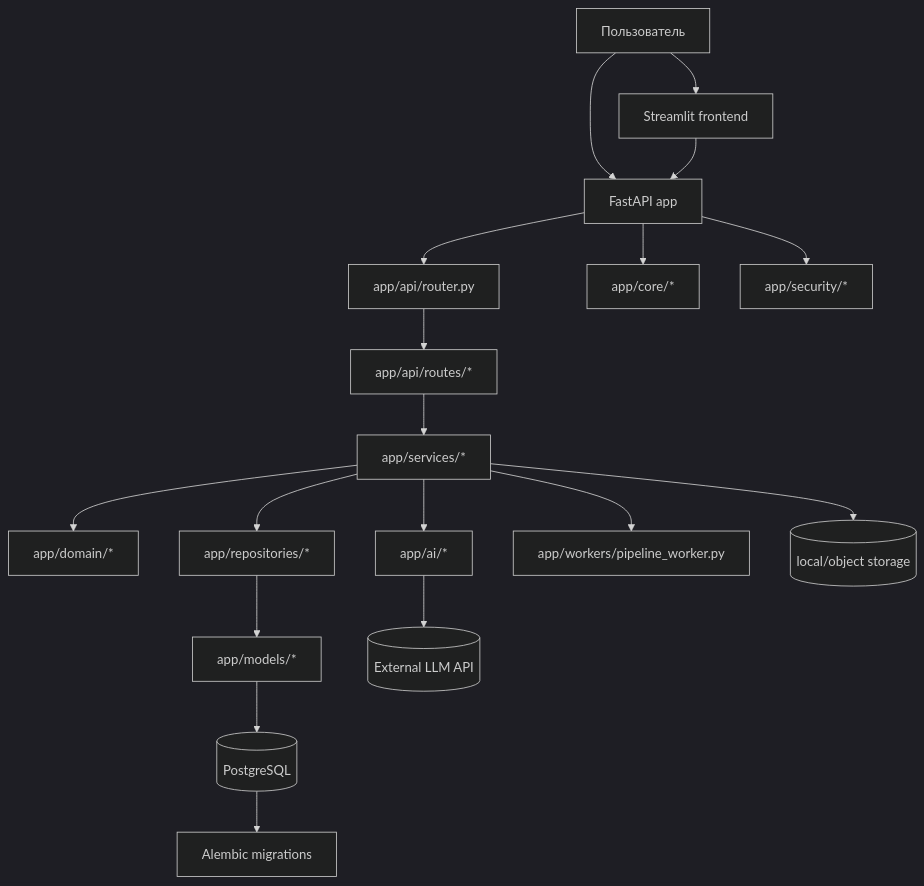
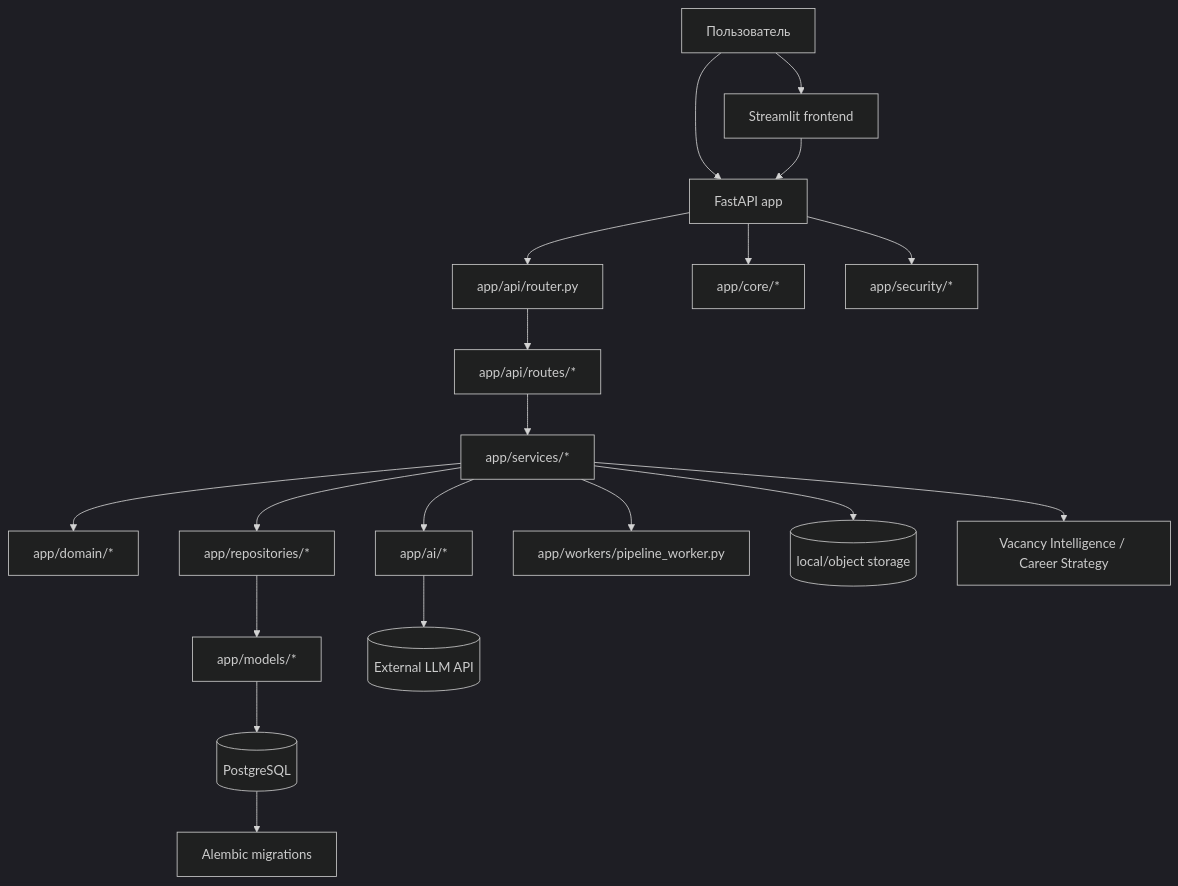
One commit to Alexsey111/career-copilot changed the diagram in docs/project-structure.md. Above: the diagram before and after it, drawn with Mermaid (dark theme). The commit also changed other lines of this file and 89 other files, not shown here.

````diff
--- a/docs/project-structure.md
+++ b/docs/project-structure.md
@@ -7,25 +7,26 @@
 ```mermaid
 flowchart TD
     U[Пользователь] --> FE[Streamlit frontend]
     U --> API[FastAPI app]
 
     FE --> API
     API --> ROUTER[app/api/router.py]
     ROUTER --> ROUTES[app/api/routes/*]
 
     ROUTES --> SERVICES[app/services/*]
     SERVICES --> DOMAIN[app/domain/*]
     SERVICES --> REPOS[app/repositories/*]
     REPOS --> MODELS[app/models/*]
     MODELS --> DB[(PostgreSQL)]
 
     SERVICES --> AI[app/ai/*]
     AI --> LLM[(External LLM API)]
 
     SERVICES --> WORKER[app/workers/pipeline_worker.py]
     SERVICES --> STORAGE[(local/object storage)]
+    SERVICES --> INSIGHTS[Vacancy Intelligence / Career Strategy]
 
     API --> CORE[app/core/*]
     API --> SECURITY[app/security/*]
     DB --> ALEMBIC[Alembic migrations]
 ```
````
